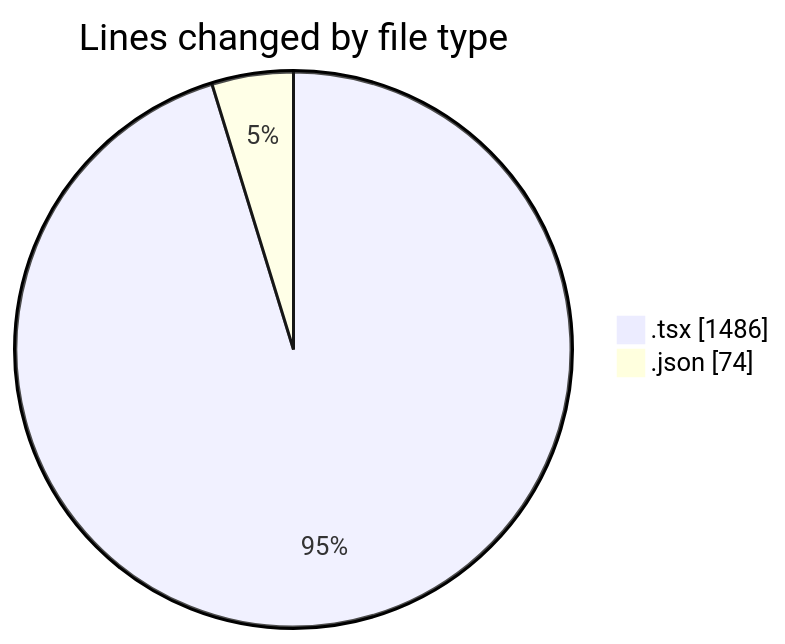
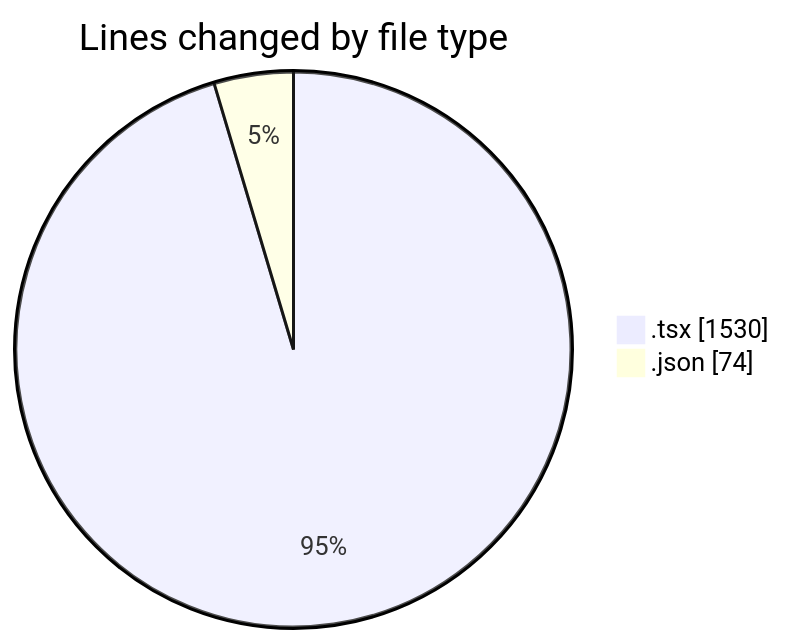
The first of 2 diagrams in 2025-04-08/cda/README.md (momahboobian/code-tracking), drawn with Mermaid before and after one commit. The commit also changed other lines of this file and 1 other file, not shown here.

````diff
--- a/2025-04-08/cda/README.md
+++ b/2025-04-08/cda/README.md
@@ -22,6 +22,6 @@
 ```mermaid
 pie showData
 title Lines changed by file type
-".tsx" : 1486
+".tsx" : 1530
 ".json" : 74
 ```
````
